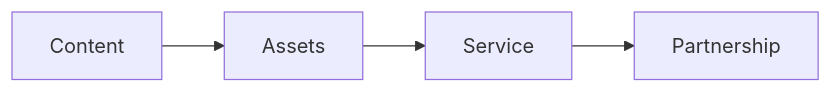
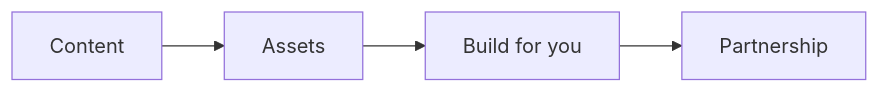
The first of 7 diagrams in docs/method/develop-audience.md (redrhino-online/red-canon), drawn with Mermaid before and after one commit. The commit also changed other lines of this file and 4 other files, not shown here.

Commit message:
docs: clarify done-for-you scope, we build the system, you serve your customers

````diff
--- a/docs/method/develop-audience.md
+++ b/docs/method/develop-audience.md
@@ -7,4 +7,4 @@
 ```mermaid
 flowchart LR
-    A[Content] --> B[Assets] --> C[Service] --> D[Partnership]
+    A[Content] --> B[Assets] --> C[Build for you] --> D[Partnership]
 ```
````
